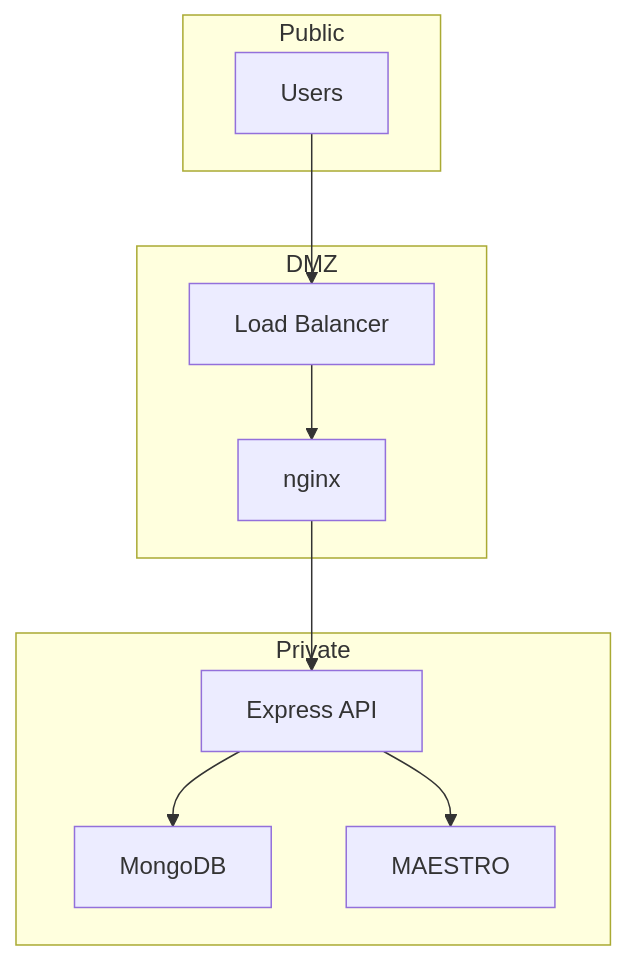
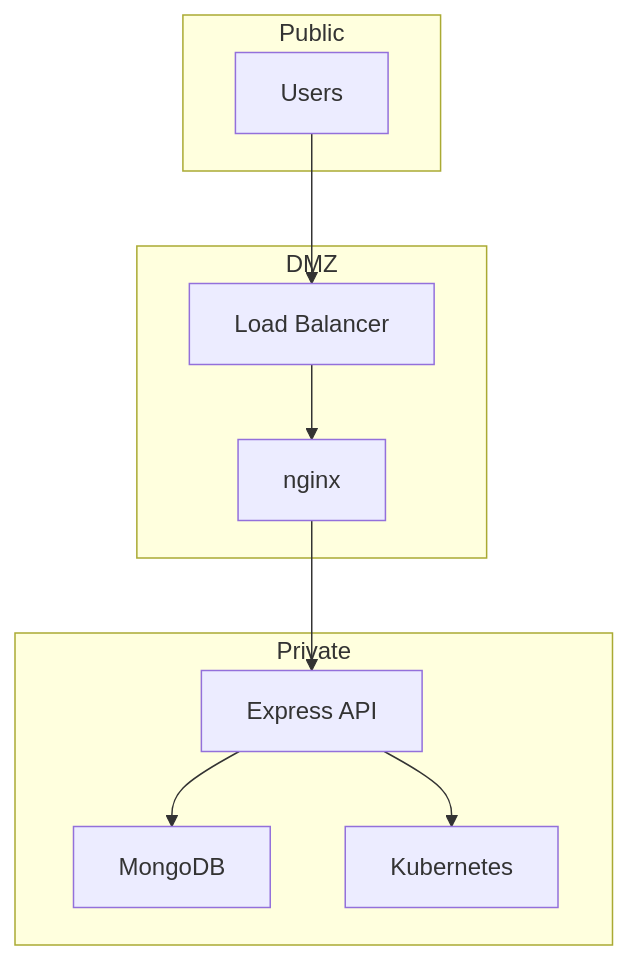
One commit to montimage-projects/mi-digitaltwin-management-service changed the third of 3 diagrams in docs/integration/external-services.md. Above: the diagram before and after it, drawn with Mermaid. The commit also changed other lines of this file and 72 other files, not shown here.

````diff
--- a/docs/integration/external-services.md
+++ b/docs/integration/external-services.md
@@ -281,23 +271,23 @@
 ```mermaid
 graph TD
  subgraph Public
  A[Users]
  end
 
  subgraph DMZ
  B[Load Balancer]
  C[nginx]
  end
 
  subgraph Private
  D[Express API]
  E[MongoDB]
- F[MAESTRO]
+ F[Kubernetes]
  end
 
  A --> B
  B --> C
  C --> D
  D --> E
  D --> F
 ```
````
